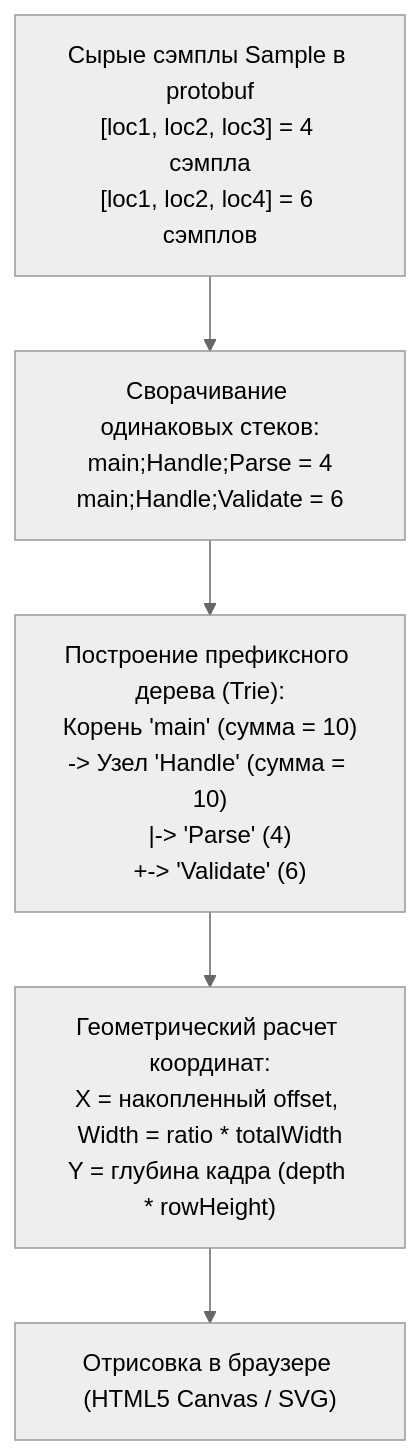
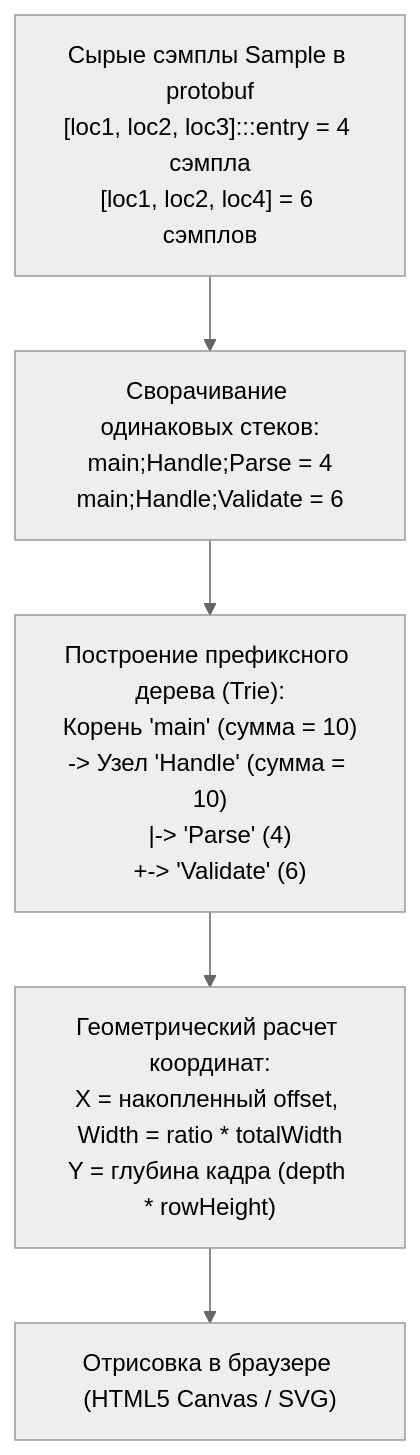
One commit to UnrealTemplier/go-textbook changed the fourth of 6 diagrams in sources/16. Профилирование, отладка и производительность/03. CPU profiling/3. Flamegraph.md. Above: the diagram before and after it, drawn with Mermaid (neutral theme). The commit also changed other lines of this file and 1666 other files, not shown here.

First line of the commit message:
feat(mermaid): add semantic color classDef to 1369 colorless flowchart/graph diagrams

````diff
--- a/sources/16. Профилирование, отладка и производительность/03. CPU profiling/3. Flamegraph.md
+++ b/sources/16. Профилирование, отладка и производительность/03. CPU profiling/3. Flamegraph.md
@@ -190,7 +220,17 @@
 ```mermaid
 flowchart TD
-    Samples["Сырые сэмплы Sample в protobuf<br>[loc1, loc2, loc3] = 4 сэмпла<br>[loc1, loc2, loc4] = 6 сэмплов"] --> Collapse["Сворачивание одинаковых стеков:<br>main;Handle;Parse = 4<br>main;Handle;Validate = 6"]
+    classDef process  fill:#1e293b,stroke:#38bdf8,stroke-width:1px,color:#f8fafc
+    classDef success  fill:#064e3b,stroke:#34d399,stroke-width:1px,color:#f8fafc
+    classDef error    fill:#7f1d1d,stroke:#f87171,stroke-width:1px,color:#f8fafc
+    classDef warning  fill:#78350f,stroke:#fbbf24,stroke-width:1px,color:#f8fafc
+    classDef entry    fill:#1e3a5f,stroke:#38bdf8,stroke-width:2px,color:#f8fafc
+    classDef aux      fill:#334155,stroke:#64748b,stroke-width:1px,color:#f8fafc
+    classDef system   fill:#312e81,stroke:#a78bfa,stroke-width:1px,color:#f8fafc
+    classDef data     fill:#132d29,stroke:#2dd4bf,stroke-width:1px,color:#f8fafc
+    classDef network  fill:#881337,stroke:#fb7185,stroke-width:1px,color:#f8fafc
+    classDef accent   fill:#1e1b4b,stroke:#818cf8,stroke-width:1px,color:#f8fafc
+    Samples["Сырые сэмплы Sample в protobuf<br>[loc1, loc2, loc3]:::entry = 4 сэмпла<br>[loc1, loc2, loc4] = 6 сэмплов"] --> Collapse["Сворачивание одинаковых стеков:<br>main;Handle;Parse = 4<br>main;Handle;Validate = 6"]
     Collapse --> Tree["Построение префиксного дерева (Trie):<br>Корень 'main' (сумма = 10)<br>-> Узел 'Handle' (сумма = 10)<br>   |-> 'Parse' (4)<br>   +-> 'Validate' (6)"]
     Tree --> Layout["Геометрический расчет координат:<br>X = накопленный offset, Width = ratio * totalWidth<br>Y = глубина кадра (depth * rowHeight)"]
     Layout --> DOM["Отрисовка в браузере (HTML5 Canvas / SVG)"]
 ```
````
